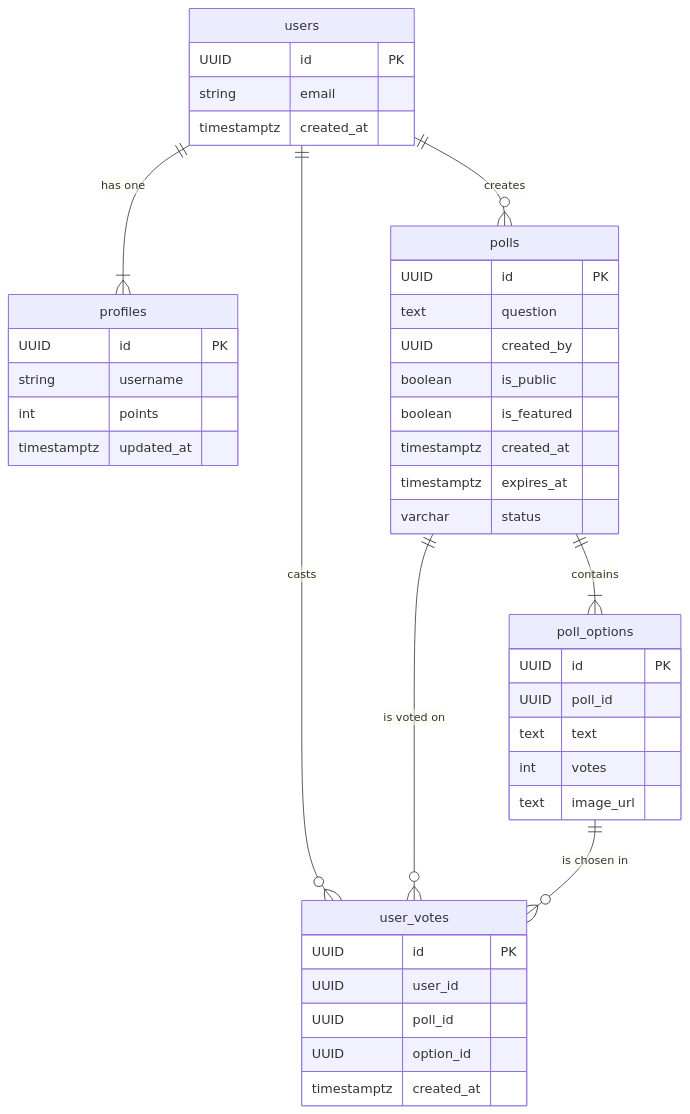
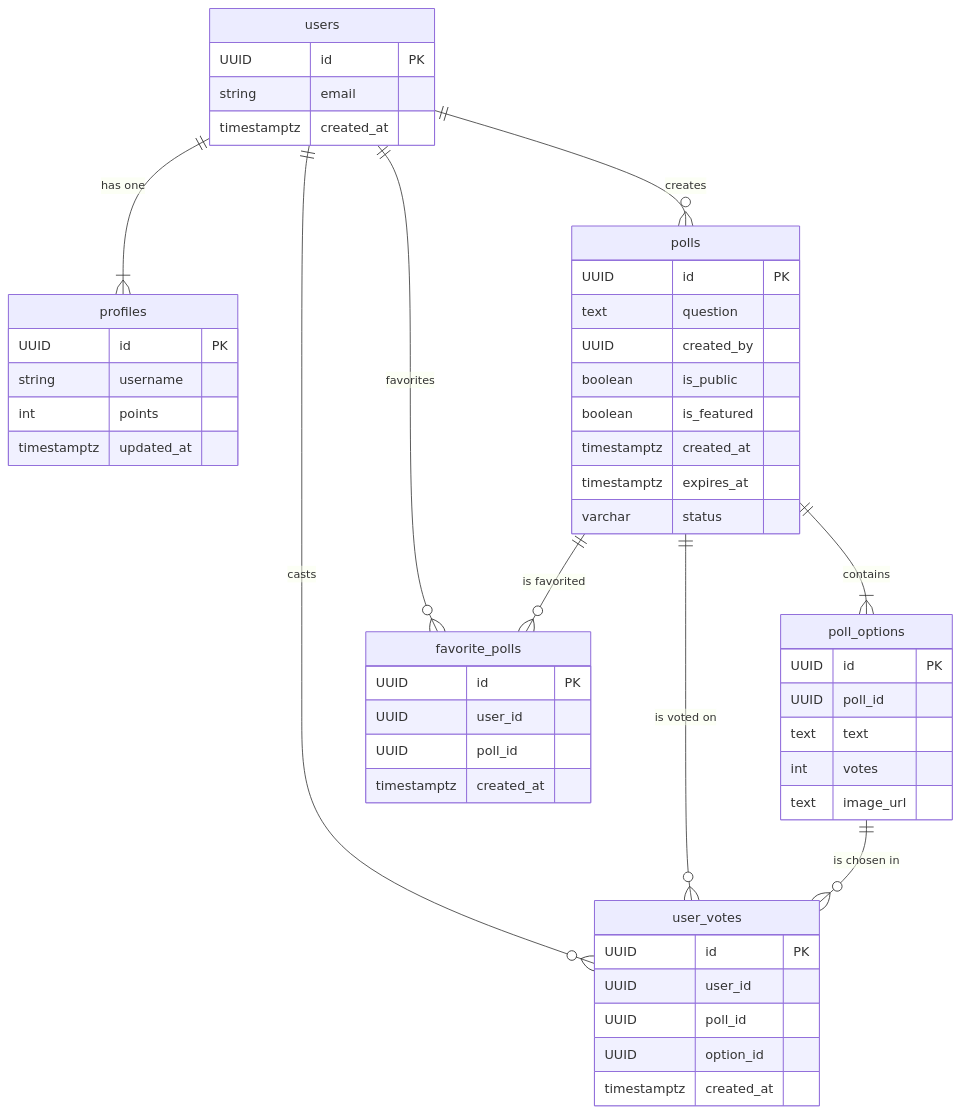
The diagram in README.md (ChoiKyeongHoon/heyversus), drawn with Mermaid before and after one commit. The commit also changed other lines of this file, not shown here.

Commit message:
docs: refresh readme with favorites feature and setup

````diff
--- a/README.md
+++ b/README.md
@@ -63,51 +99,61 @@
 ```mermaid
 erDiagram
     users ||--|{ profiles : "has one"
     users ||--o{ polls : "creates"
     users ||--o{ user_votes : "casts"
 
     polls ||--|{ poll_options : "contains"
     polls ||--o{ user_votes : "is voted on"
 
     poll_options ||--o{ user_votes : "is chosen in"
 
     users {
         UUID id PK
         string email
         timestamptz created_at
     }
 
     profiles {
         UUID id PK
         string username
         int points
         timestamptz updated_at
     }
 
     polls {
         UUID id PK
         text question
         UUID created_by
         boolean is_public
         boolean is_featured
         timestamptz created_at
         timestamptz expires_at
         varchar status
     }
 
     poll_options {
         UUID id PK
         UUID poll_id
         text text
         int votes
         text image_url
     }
 
+    users ||--o{ favorite_polls : "favorites"
+    polls ||--o{ favorite_polls : "is favorited"
+
     user_votes {
         UUID id PK
         UUID user_id
         UUID poll_id
         UUID option_id
         timestamptz created_at
     }
+
+    favorite_polls {
+        UUID id PK
+        UUID user_id
+        UUID poll_id
+        timestamptz created_at
+    }
 ```
````
